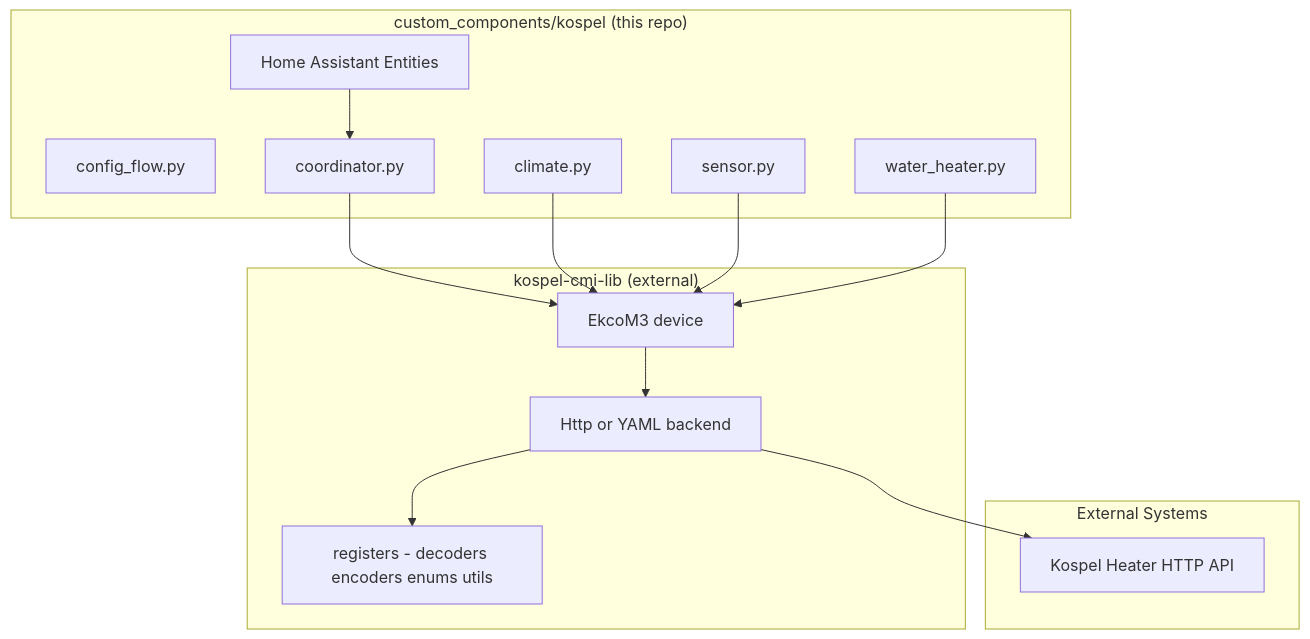
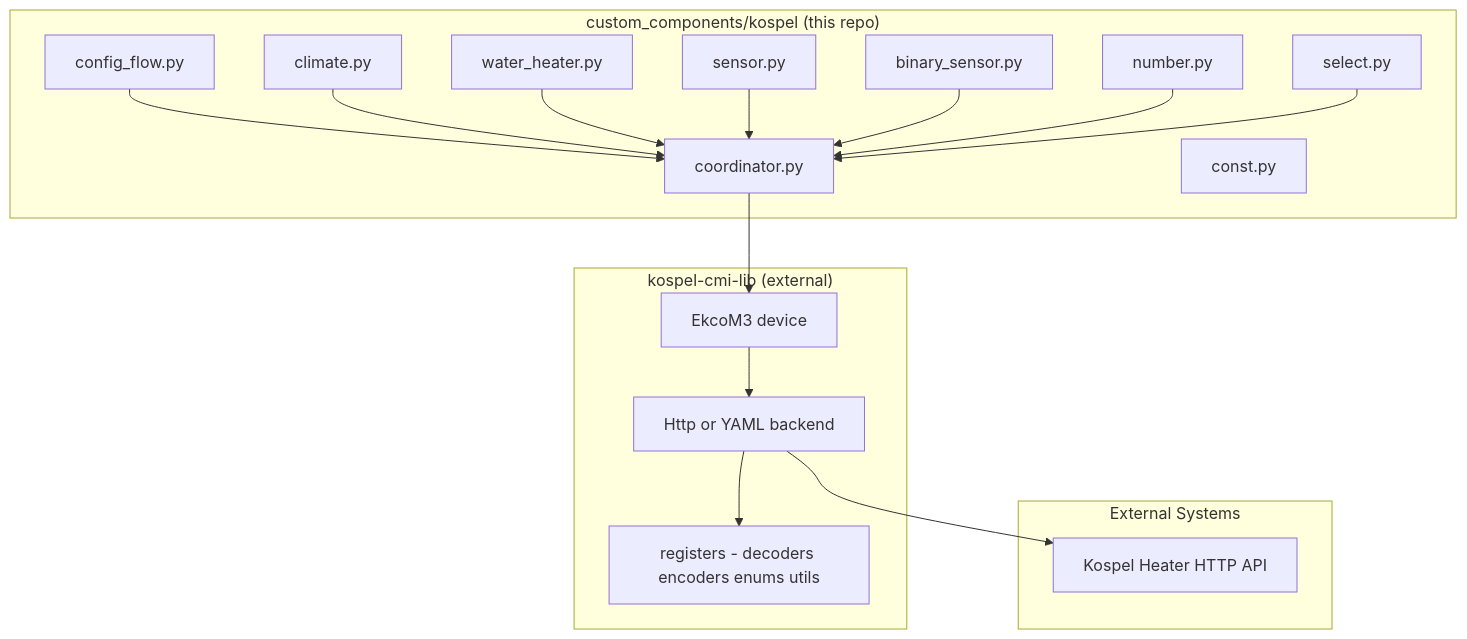
One commit to JanKrl/ha-kospel-cmi changed the diagram in docs/architecture.md. Above: the diagram before and after it, drawn with Mermaid. The commit also changed 9 other files, not shown here.

````diff
--- a/docs/architecture.md
+++ b/docs/architecture.md
@@ -5,31 +5,37 @@
 ```mermaid
 graph TB
     subgraph Integration["custom_components/kospel (this repo)"]
-        HA[Home Assistant Entities]
         ConfigFlow[config_flow.py]
         Coordinator[coordinator.py]
-        SensorEntity[sensor.py]
+        Const[const.py]
         ClimateEntity[climate.py]
         WaterHeaterEntity[water_heater.py]
+        SensorEntity[sensor.py]
+        BinarySensorEntity[binary_sensor.py]
+        NumberEntity[number.py]
+        SelectEntity[select.py]
     end
 
     subgraph Library["kospel-cmi-lib (external)"]
         EkcoM3[EkcoM3 device]
         Backend[Http or YAML backend]
         Registers[registers - decoders encoders enums utils]
     end
 
     subgraph External["External Systems"]
         HeaterAPI[Kospel Heater HTTP API]
     end
 
-    HA --> Coordinator
+    ConfigFlow --> Coordinator
     Coordinator --> EkcoM3
-    ClimateEntity --> EkcoM3
-    SensorEntity --> EkcoM3
-    WaterHeaterEntity --> EkcoM3
+    ClimateEntity --> Coordinator
+    WaterHeaterEntity --> Coordinator
+    SensorEntity --> Coordinator
+    BinarySensorEntity --> Coordinator
+    NumberEntity --> Coordinator
+    SelectEntity --> Coordinator
 
     EkcoM3 --> Backend
     Backend --> Registers
     Backend --> HeaterAPI
 ```
````
